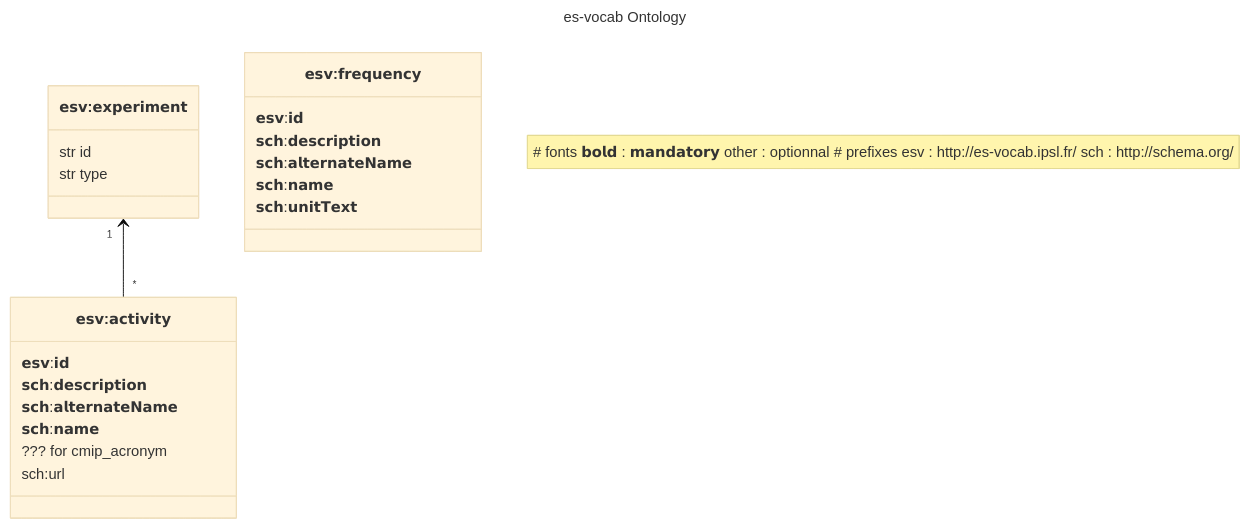
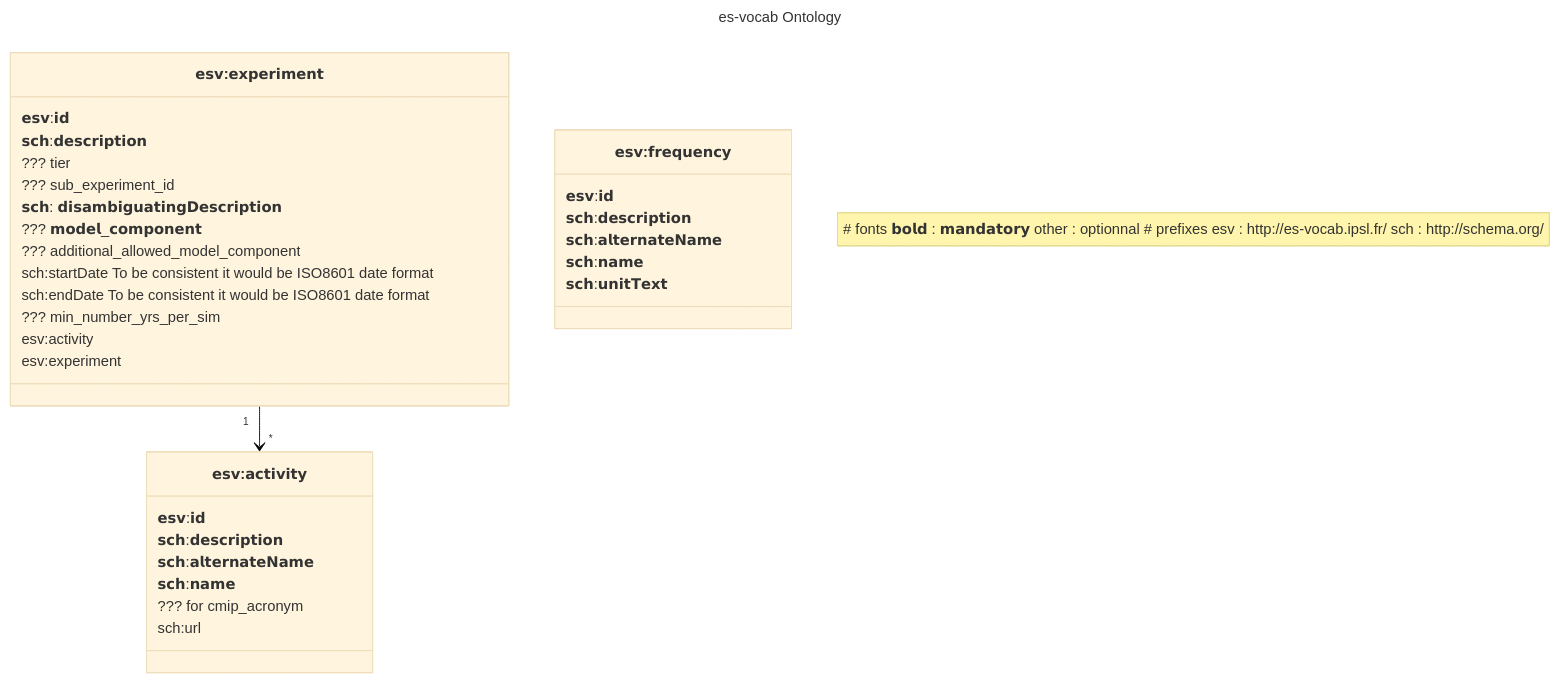
The second of 2 diagrams in TODO.md (PCMDI/mip-cmor-tables), drawn with Mermaid (base theme) before and after one commit. The commit also changed other lines of this file and 27 other files, not shown here.

````diff
--- a/TODO.md
+++ b/TODO.md
@@ -123,44 +136,59 @@
 ``` mermaid
 ---
 title: es-vocab Ontology
 
 ---
 classDiagram
     note "
     # fonts
     𝗯𝗼𝗹𝗱 : 𝗺𝗮𝗻𝗱𝗮𝘁𝗼𝗿𝘆
     other : optionnal
     
     # prefixes
     esv : http://es-vocab.ipsl.fr/
     sch : http://schema.org/
     "
-    `𝗲𝘀𝘃:𝗲𝘅𝗽𝗲𝗿𝗶𝗺𝗲𝗻𝘁` "1" <-- "*" `𝗲𝘀𝘃:𝗮𝗰𝘁𝗶𝘃𝗶𝘁𝘆`
+    `𝗲𝘀𝘃:𝗲𝘅𝗽𝗲𝗿𝗶𝗺𝗲𝗻𝘁` "1" --> "*" `𝗲𝘀𝘃:𝗮𝗰𝘁𝗶𝘃𝗶𝘁𝘆`
 
 
     class `𝗲𝘀𝘃:𝗳𝗿𝗲𝗾𝘂𝗲𝗻𝗰𝘆`{
     𝗲𝘀𝘃:𝗶𝗱
     𝘀𝗰𝗵:𝗱𝗲𝘀𝗰𝗿𝗶𝗽𝘁𝗶𝗼𝗻
     𝘀𝗰𝗵:𝗮𝗹𝘁𝗲𝗿𝗻𝗮𝘁𝗲𝗡𝗮𝗺𝗲
     𝘀𝗰𝗵:𝗻𝗮𝗺𝗲
     𝘀𝗰𝗵:𝘂𝗻𝗶𝘁𝗧𝗲𝘅𝘁
     
     }
     class `𝗲𝘀𝘃:𝗮𝗰𝘁𝗶𝘃𝗶𝘁𝘆`{
     𝗲𝘀𝘃:𝗶𝗱
     𝘀𝗰𝗵:𝗱𝗲𝘀𝗰𝗿𝗶𝗽𝘁𝗶𝗼𝗻
     𝘀𝗰𝗵:𝗮𝗹𝘁𝗲𝗿𝗻𝗮𝘁𝗲𝗡𝗮𝗺𝗲
     𝘀𝗰𝗵:𝗻𝗮𝗺𝗲
     ??? for cmip_acronym
     sch:url 
 
     }
     
     class `𝗲𝘀𝘃:𝗲𝘅𝗽𝗲𝗿𝗶𝗺𝗲𝗻𝘁`{
-        str id
-        str type
+        𝗲𝘀𝘃:𝗶𝗱
+        𝘀𝗰𝗵:𝗱𝗲𝘀𝗰𝗿𝗶𝗽𝘁𝗶𝗼𝗻
+        ??? tier
+        ??? sub_experiment_id
+        𝘀𝗰𝗵: 𝗱𝗶𝘀𝗮𝗺𝗯𝗶𝗴𝘂𝗮𝘁𝗶𝗻𝗴𝗗𝗲𝘀𝗰𝗿𝗶𝗽𝘁𝗶𝗼𝗻 
+        ??? 𝗺𝗼𝗱𝗲𝗹_𝗰𝗼𝗺𝗽𝗼𝗻𝗲𝗻𝘁
+        ??? additional_allowed_model_component
+        sch:startDate To be consistent it would be ISO8601 date format
+        sch:endDate To be consistent it would be ISO8601 date format
+        ??? min_number_yrs_per_sim
+        esv:activity
+        esv:experiment
+
+
+        
+
+
 
     }
 
 
 ```
````
